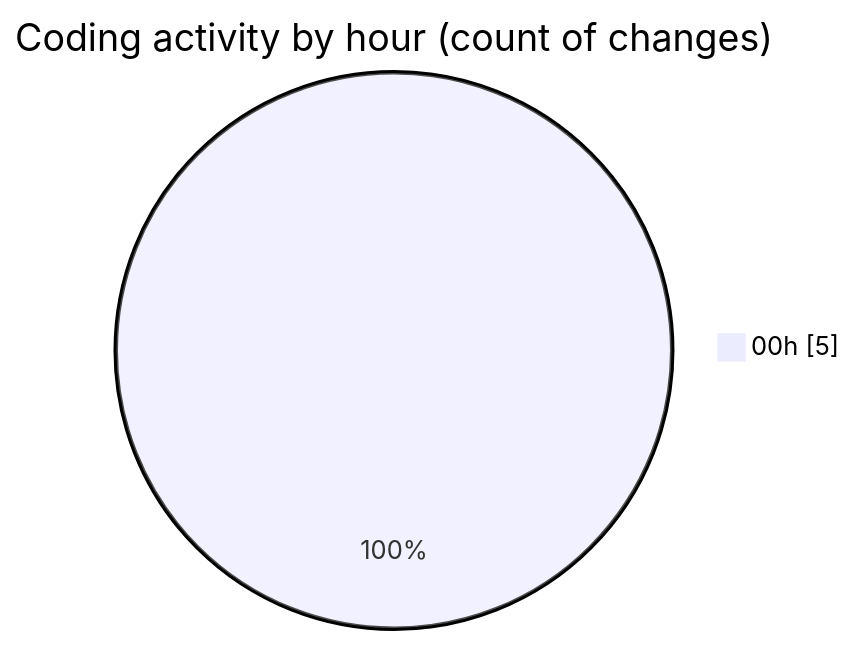
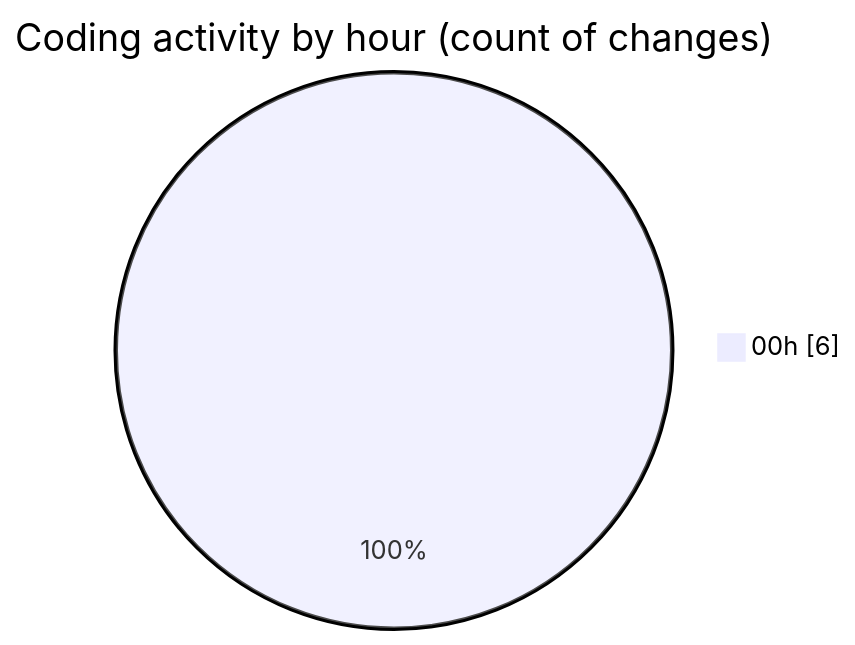
One commit to EIIisD/code-tracking changed the second of 2 diagrams in 2025-07-28/refunds/README.md. Above: the diagram before and after it, drawn with Mermaid. The commit also changed other lines of this file and 1 other file, not shown here.

````diff
--- a/2025-07-28/refunds/README.md
+++ b/2025-07-28/refunds/README.md
@@ -29,5 +29,5 @@
 ```mermaid
 pie showData
 title Coding activity by hour (count of changes)
-"00h" : 5
+"00h" : 6
 ```
````
